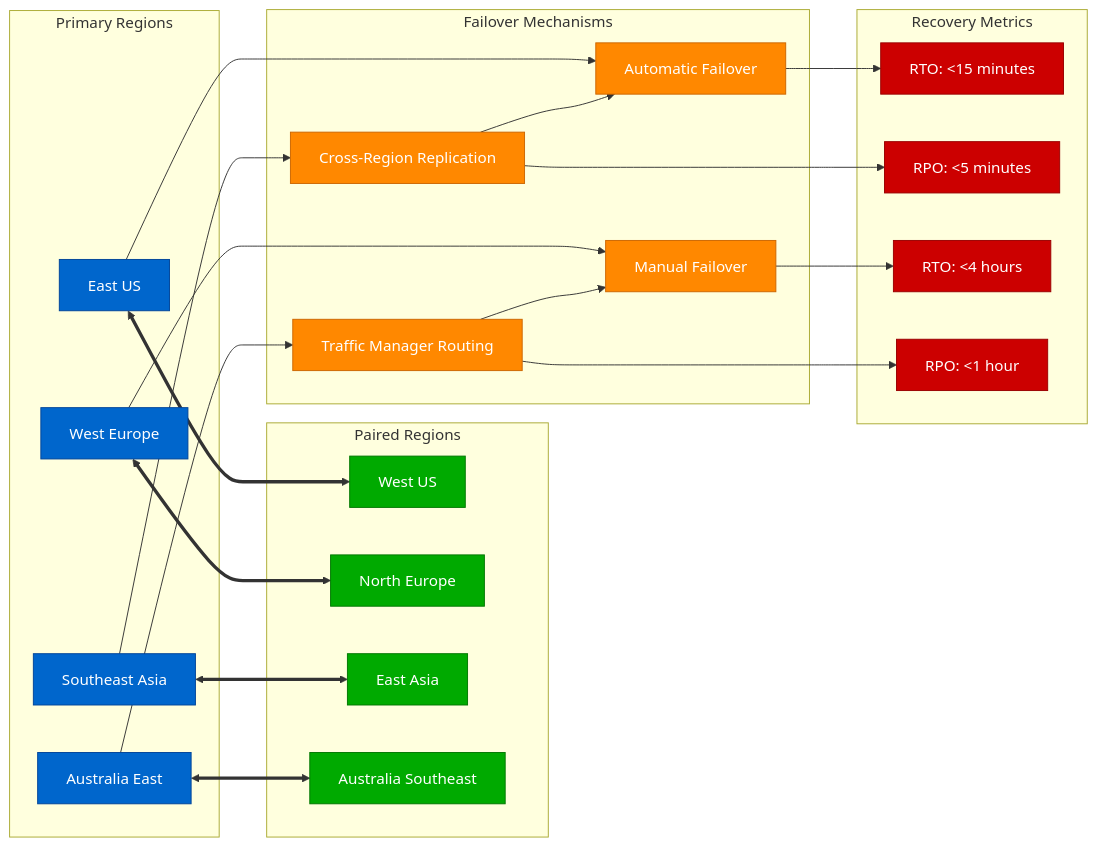
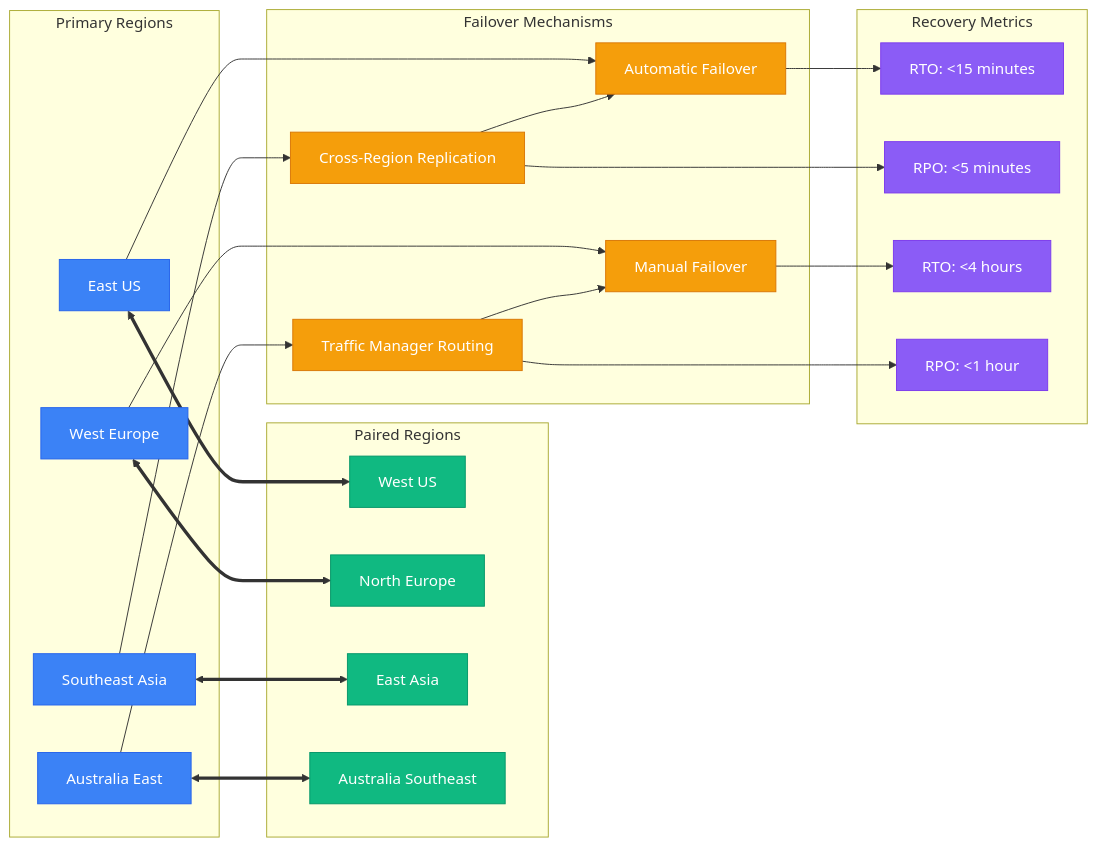
The fourth of 10 diagrams in site/docs/systems/microsoft/failure-domains.md (deepaucksharma/DS), drawn with Mermaid before and after one commit. The commit also changed other lines of this file and 303 other files, not shown here.

````diff
--- a/site/docs/systems/microsoft/failure-domains.md
+++ b/site/docs/systems/microsoft/failure-domains.md
@@ -170,62 +170,62 @@
 ```mermaid
 graph LR
     subgraph PrimaryRegions[Primary Regions]
         EAST_US[East US]
         WEST_EUROPE[West Europe]
         SOUTHEAST_ASIA[Southeast Asia]
         AUSTRALIA_EAST[Australia East]
     end
 
     subgraph PairedRegions[Paired Regions]
         WEST_US[West US]
         NORTH_EUROPE[North Europe]
         EAST_ASIA[East Asia]
         AUSTRALIA_SOUTHEAST[Australia Southeast]
     end
 
     subgraph FailoverMechanisms[Failover Mechanisms]
         AUTO_FAILOVER[Automatic Failover]
         MANUAL_FAILOVER[Manual Failover]
         DATA_REPLICATION[Cross-Region Replication]
         TRAFFIC_SHIFTING[Traffic Manager Routing]
     end
 
     subgraph RecoveryMetrics[Recovery Metrics]
         RTO_AUTO[RTO: <15 minutes]
         RPO_AUTO[RPO: <5 minutes]
         RTO_MANUAL[RTO: <4 hours]
         RPO_MANUAL[RPO: <1 hour]
     end
 
     %% Region pairing
     EAST_US <==> WEST_US
     WEST_EUROPE <==> NORTH_EUROPE
     SOUTHEAST_ASIA <==> EAST_ASIA
     AUSTRALIA_EAST <==> AUSTRALIA_SOUTHEAST
 
     %% Failover mechanisms
     EAST_US --> AUTO_FAILOVER
     WEST_EUROPE --> MANUAL_FAILOVER
     SOUTHEAST_ASIA --> DATA_REPLICATION
     AUSTRALIA_EAST --> TRAFFIC_SHIFTING
 
     %% Recovery characteristics
     AUTO_FAILOVER --> RTO_AUTO
     MANUAL_FAILOVER --> RTO_MANUAL
     DATA_REPLICATION --> RPO_AUTO
     TRAFFIC_SHIFTING --> RPO_MANUAL
 
     %% Cross-connections for redundancy
     DATA_REPLICATION --> AUTO_FAILOVER
     TRAFFIC_SHIFTING --> MANUAL_FAILOVER
 
-    classDef primaryStyle fill:#0066CC,stroke:#004499,color:#fff
-    classDef pairedStyle fill:#00AA00,stroke:#007700,color:#fff
-    classDef failoverStyle fill:#FF8800,stroke:#CC6600,color:#fff
-    classDef metricsStyle fill:#CC0000,stroke:#990000,color:#fff
+    classDef primaryStyle fill:#3B82F6,stroke:#2563EB,color:#fff
+    classDef pairedStyle fill:#10B981,stroke:#059669,color:#fff
+    classDef failoverStyle fill:#F59E0B,stroke:#D97706,color:#fff
+    classDef metricsStyle fill:#8B5CF6,stroke:#7C3AED,color:#fff
 
     class EAST_US,WEST_EUROPE,SOUTHEAST_ASIA,AUSTRALIA_EAST primaryStyle
     class WEST_US,NORTH_EUROPE,EAST_ASIA,AUSTRALIA_SOUTHEAST pairedStyle
     class AUTO_FAILOVER,MANUAL_FAILOVER,DATA_REPLICATION,TRAFFIC_SHIFTING failoverStyle
     class RTO_AUTO,RPO_AUTO,RTO_MANUAL,RPO_MANUAL metricsStyle
 ```
````
